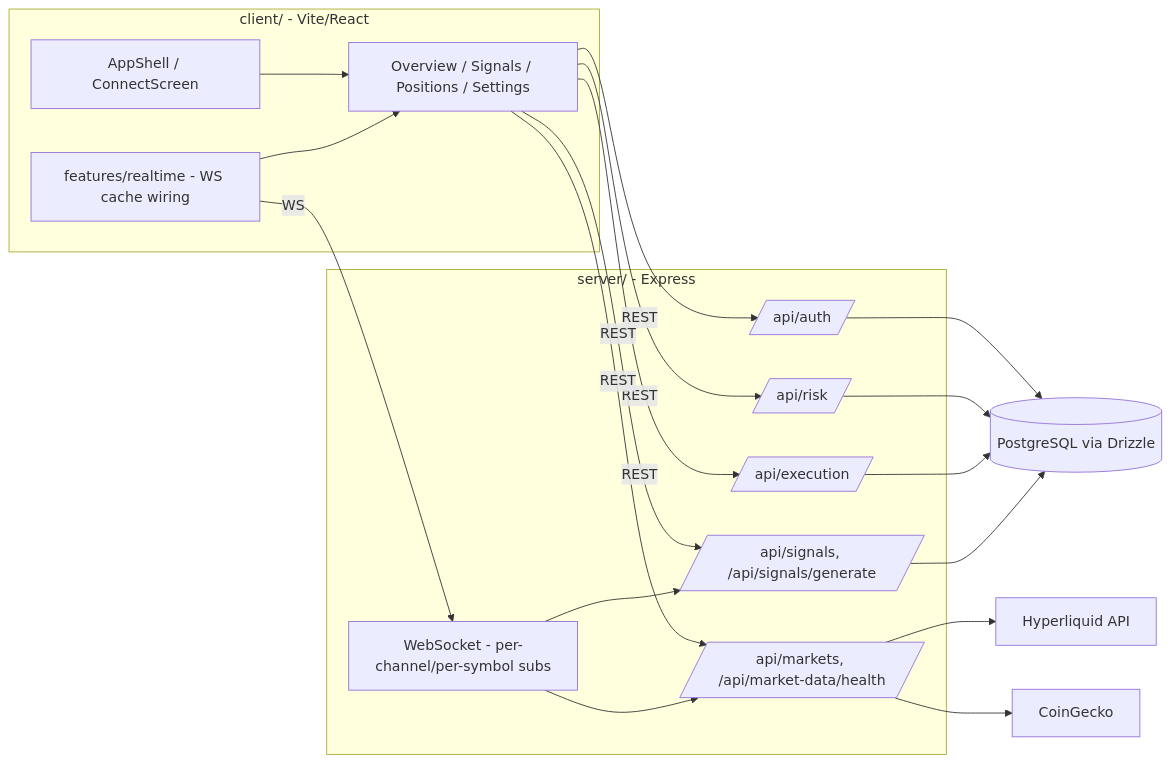
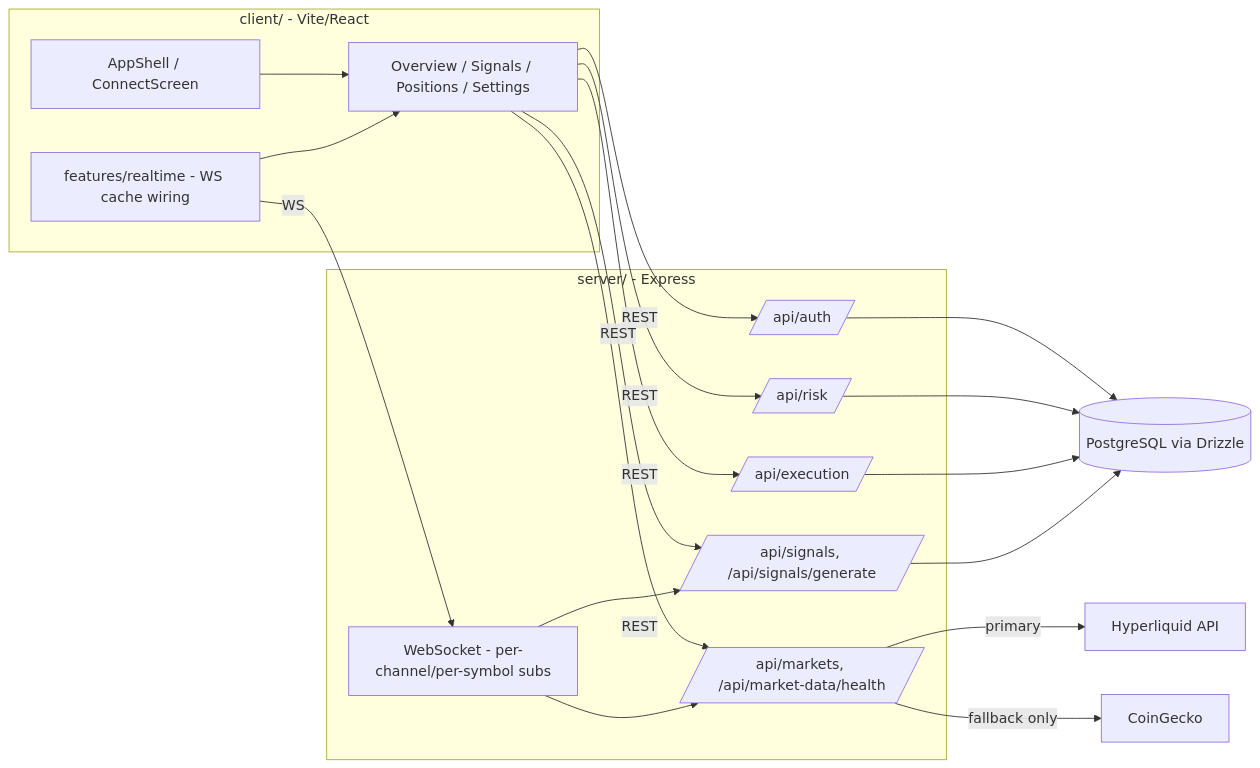
The diagram in docs/architecture/current-state.md (jamalfrnk/LiquidAlpha), drawn with Mermaid before and after one commit. The commit also changed other lines of this file and 10 other files, not shown here.

````diff
--- a/docs/architecture/current-state.md
+++ b/docs/architecture/current-state.md
@@ -135,39 +137,39 @@
 ```mermaid
 flowchart LR
   subgraph Client [client/ - Vite/React]
     Shell[AppShell / ConnectScreen]
     Routes[Overview / Signals / Positions / Settings]
     RT[features/realtime - WS cache wiring]
     Shell --> Routes
     RT --> Routes
   end
 
   subgraph Server [server/ - Express]
     Auth[/api/auth/]
     Risk[/api/risk/]
     Exec[/api/execution/]
     Markets[/api/markets, /api/market-data/health/]
     Signals[/api/signals, /api/signals/generate/]
     WS[WebSocket - per-channel/per-symbol subs]
   end
 
   DB[(PostgreSQL via Drizzle)]
   HL[Hyperliquid API]
   CG[CoinGecko]
 
   Routes -- REST --> Auth
   Routes -- REST --> Risk
   Routes -- REST --> Exec
   Routes -- REST --> Markets
   Routes -- REST --> Signals
   RT -- WS --> WS
 
   Auth --> DB
   Risk --> DB
   Exec --> DB
   Signals --> DB
-  Markets --> HL
-  Markets --> CG
+  Markets -- primary --> HL
+  Markets -- fallback only --> CG
   WS --> Markets
   WS --> Signals
 ```
````
